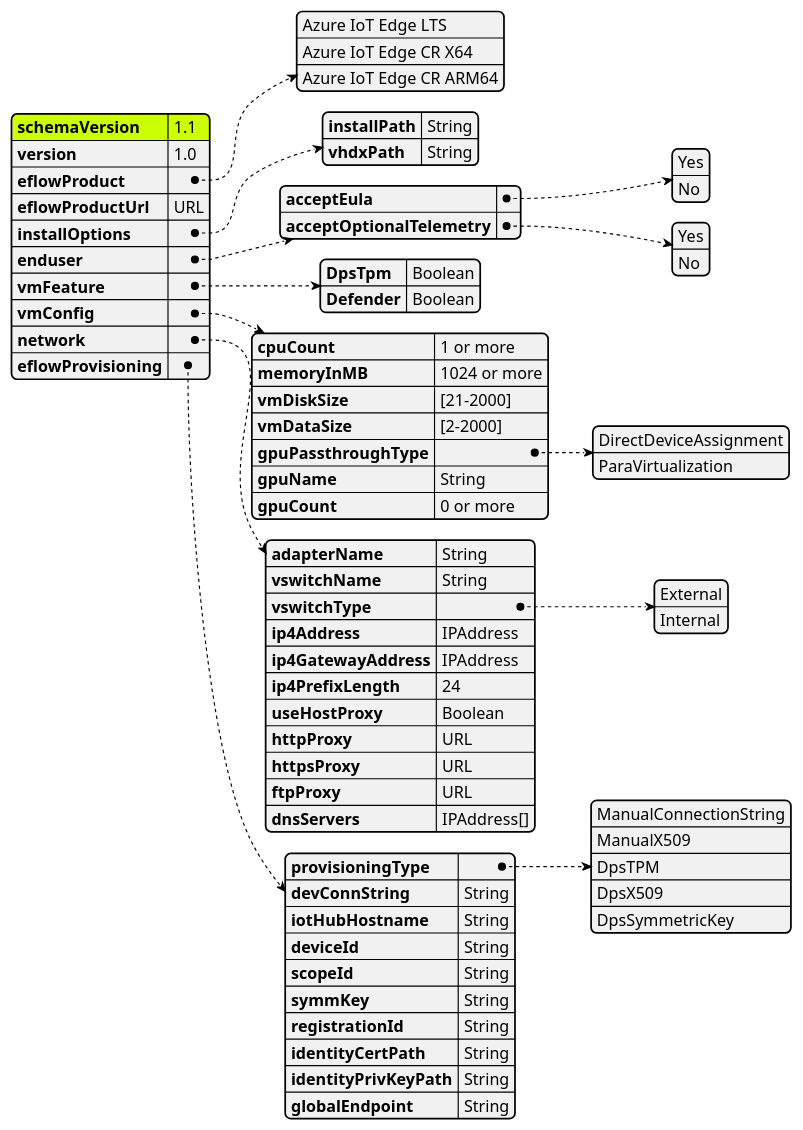
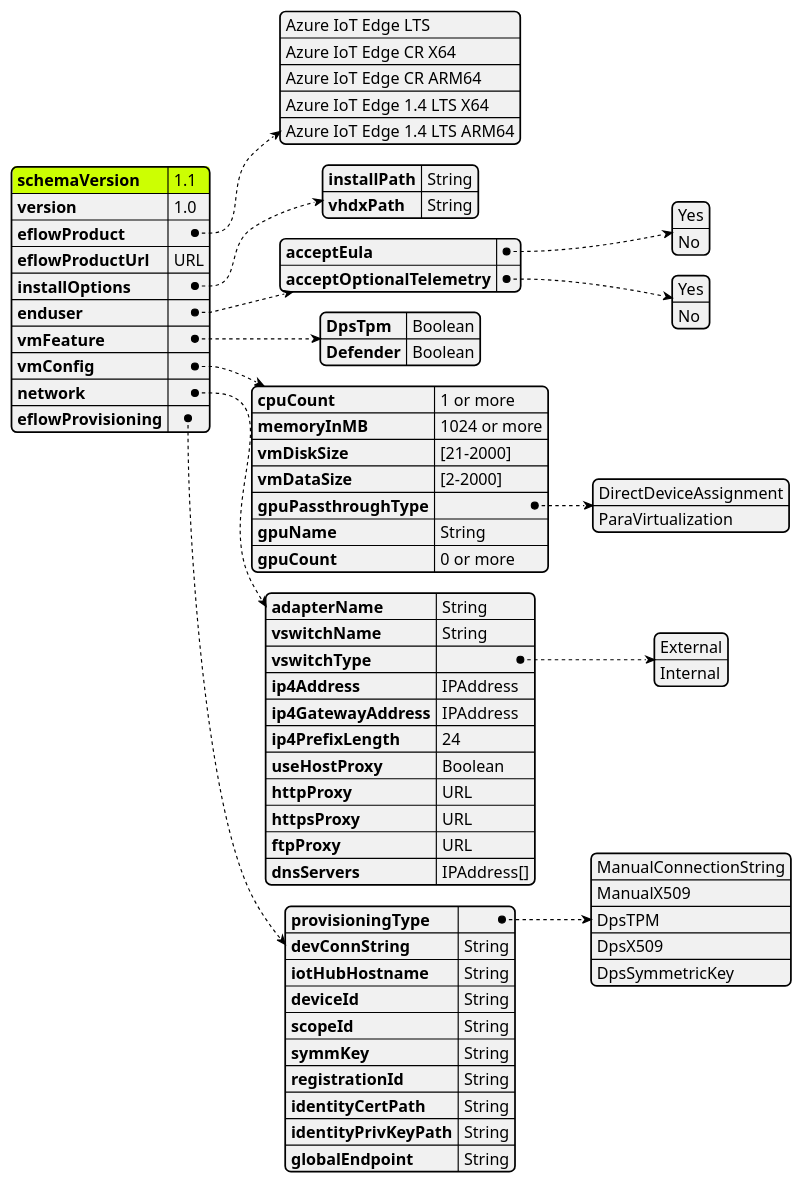
The diagram in eflowautodeploy/eflow-userconfig.puml (Azure/iotedge-eflow), drawn with PlantUML before and after one commit. The commit also changed 4 other files, not shown here.

Commit message:
Changes for EFLOW 1.4LTS release

```diff
--- a/eflowautodeploy/eflow-userconfig.puml
+++ b/eflowautodeploy/eflow-userconfig.puml
@@ -1,79 +1,79 @@
 @startjson eflowAutoDeploy
 <style>
 jsonDiagram {
   node {
     FontName Segoe UI SemiBold
     FontColor blue
     FontSize 14
     RoundCorner 10
     LineThickness 1
     separator {
       LineThickness 0.25
       LineColor black
     }
   }
   arrow {
     LineColor blue
     LineThickness 1
     LineStyle 2;5
   }
   highlight {
       BackgroundColor Blue
       FontColor White
   }
 }
 </style>
 #highlight "schemaVersion"
 {
     "schemaVersion":"1.1",
     "version":"1.0",
-    "eflowProduct" :["Azure IoT Edge LTS", "Azure IoT Edge CR X64","Azure IoT Edge CR ARM64"],
+    "eflowProduct" :["Azure IoT Edge LTS", "Azure IoT Edge CR X64","Azure IoT Edge CR ARM64", "Azure IoT Edge 1.4 LTS X64", "Azure IoT Edge 1.4 LTS ARM64" ],
     "eflowProductUrl" : "URL",
     "installOptions":{
         "installPath":"String",
         "vhdxPath":"String"
     },
     "enduser":{
         "acceptEula" : ["Yes","No"],
         "acceptOptionalTelemetry" : ["Yes","No"]
     },
     "vmFeature":{
         "DpsTpm": "Boolean",
         "Defender": "Boolean"
     },
     "vmConfig":{
         "cpuCount" : "1 or more",
         "memoryInMB" : "1024 or more",
         "vmDiskSize" : "[21-2000]",
         "vmDataSize" : "[2-2000]",
         "gpuPassthroughType" : ["DirectDeviceAssignment", "ParaVirtualization"],
         "gpuName" : "String",
         "gpuCount" : "0 or more"
     },
     "network":{
         "adapterName": "String",
         "vswitchName" : "String",
         "vswitchType" : ["External", "Internal"],
         "ip4Address": "IPAddress",
         "ip4GatewayAddress": "IPAddress",
         "ip4PrefixLength" : "24",
         "useHostProxy" : "Boolean",
         "httpProxy":"URL",
         "httpsProxy":"URL",
         "ftpProxy":"URL",
         "dnsServers":"IPAddress[]"
     },
     "eflowProvisioning":{
         "provisioningType" : ["ManualConnectionString","ManualX509","DpsTPM","DpsX509","DpsSymmetricKey"],
         "devConnString" : "String",
         "iotHubHostname" : "String",
         "deviceId" : "String",
         "scopeId" : "String",
         "symmKey": "String",
         "registrationId" : "String",
         "identityCertPath" : "String",
         "identityPrivKeyPath" : "String",
         "globalEndpoint" : "String"
     }
 }
 @endjson
```
